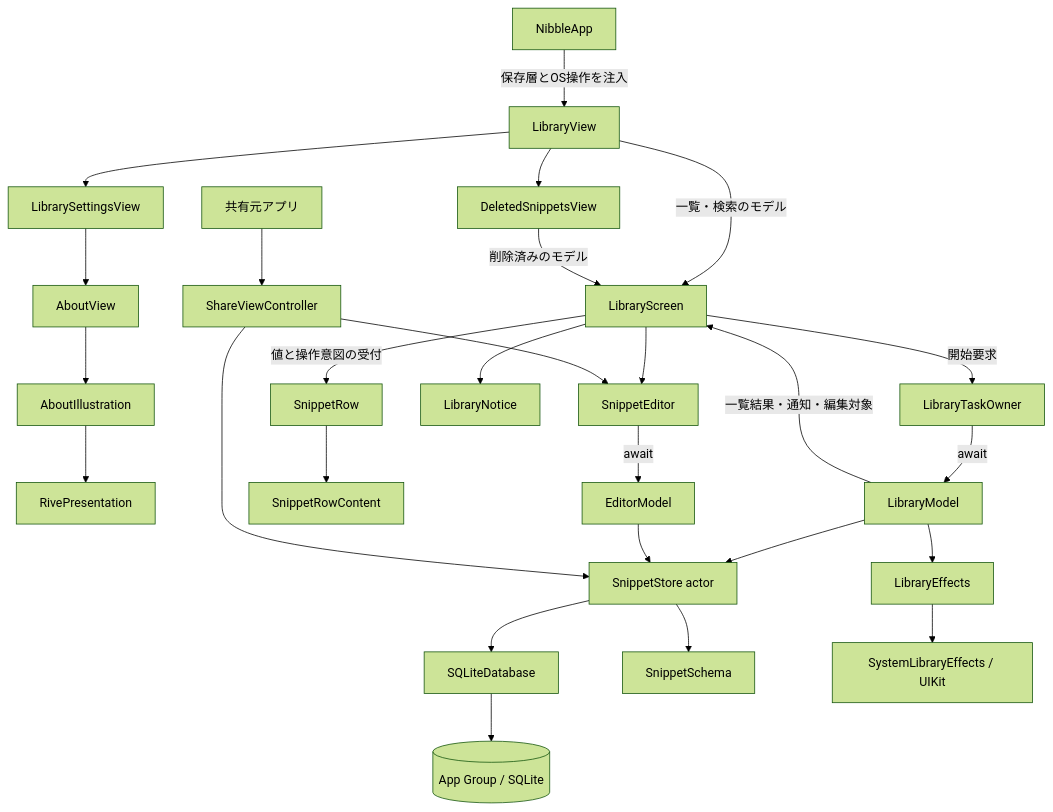
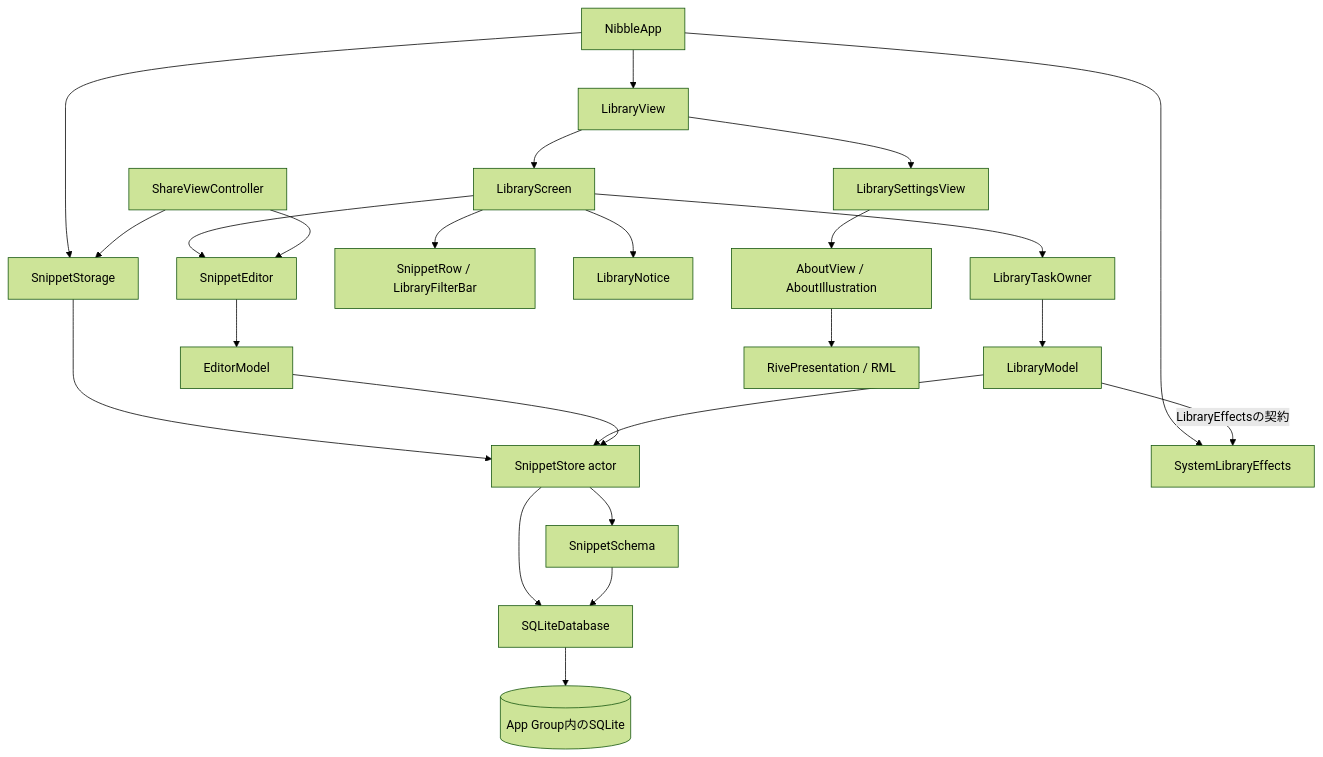
One commit to 9uiLe/nibble changed the first of 2 diagrams in docs/decisions/0002-mvp-app.md. Above: the diagram before and after it, drawn with Mermaid (forest theme). The commit also changed other lines of this file and 6 other files, not shown here.

Commit message:
docs: define product architecture as a self-contained design

````diff
--- a/docs/decisions/0002-mvp-app.md
+++ b/docs/decisions/0002-mvp-app.md
@@ -178,29 +61,26 @@
 ```mermaid
 flowchart TB
-    App[NibbleApp] -->|保存層とOS操作を注入| Tabs[LibraryView]
-    Tabs -->|一覧・検索のモデル| Library[LibraryScreen]
+    App[NibbleApp] --> Factory[SnippetStorage]
+    Share[ShareViewController] --> Factory
+    Factory --> Store[SnippetStore actor]
+    App --> Tabs[LibraryView]
+    App --> Effects[SystemLibraryEffects]
+    Tabs --> Screen[LibraryScreen]
+    Screen --> Owner[LibraryTaskOwner]
+    Owner --> Model[LibraryModel]
+    Model --> Store
+    Model -->|LibraryEffectsの契約| Effects
+    Screen --> Row[SnippetRow / LibraryFilterBar]
+    Screen --> Notice[LibraryNotice]
+    Screen --> Editor[SnippetEditor]
+    Share --> Editor
+    Editor --> Editing[EditorModel]
+    Editing --> Store
+    Store --> Schema[SnippetSchema]
+    Store --> SQL[SQLiteDatabase]
+    Schema --> SQL
+    SQL --> DB[(App Group内のSQLite)]
     Tabs --> Settings[LibrarySettingsView]
-    Settings --> About[AboutView]
-    About --> Illustration[AboutIllustration]
-    Illustration --> Presentation[RivePresentation]
-    Tabs --> Trash[DeletedSnippetsView]
-    Trash -->|削除済みのモデル| Library
-    Library -->|開始要求| Owner[LibraryTaskOwner]
-    Owner -->|await| Model[LibraryModel]
-    Model -->|一覧結果・通知・編集対象| Library
-    Library -->|値と操作意図の受付| Row[SnippetRow]
-    Row --> Content[SnippetRowContent]
-    Library --> Notice[LibraryNotice]
-    Library --> Editor[SnippetEditor]
-    Host[共有元アプリ] --> Share[ShareViewController]
-    Share --> Editor
-    Editor -->|await| Editing[EditorModel]
-    Model --> Store[SnippetStore actor]
-    Editing --> Store
-    Share --> Store
-    Store --> SQL[SQLiteDatabase]
-    Store --> Schema[SnippetSchema]
-    SQL --> DB[(App Group / SQLite)]
-    Model --> Effects[LibraryEffects]
-    Effects --> System[SystemLibraryEffects / UIKit]
+    Settings --> About[AboutView / AboutIllustration]
+    About --> Rive[RivePresentation / RML]
 ```
````
